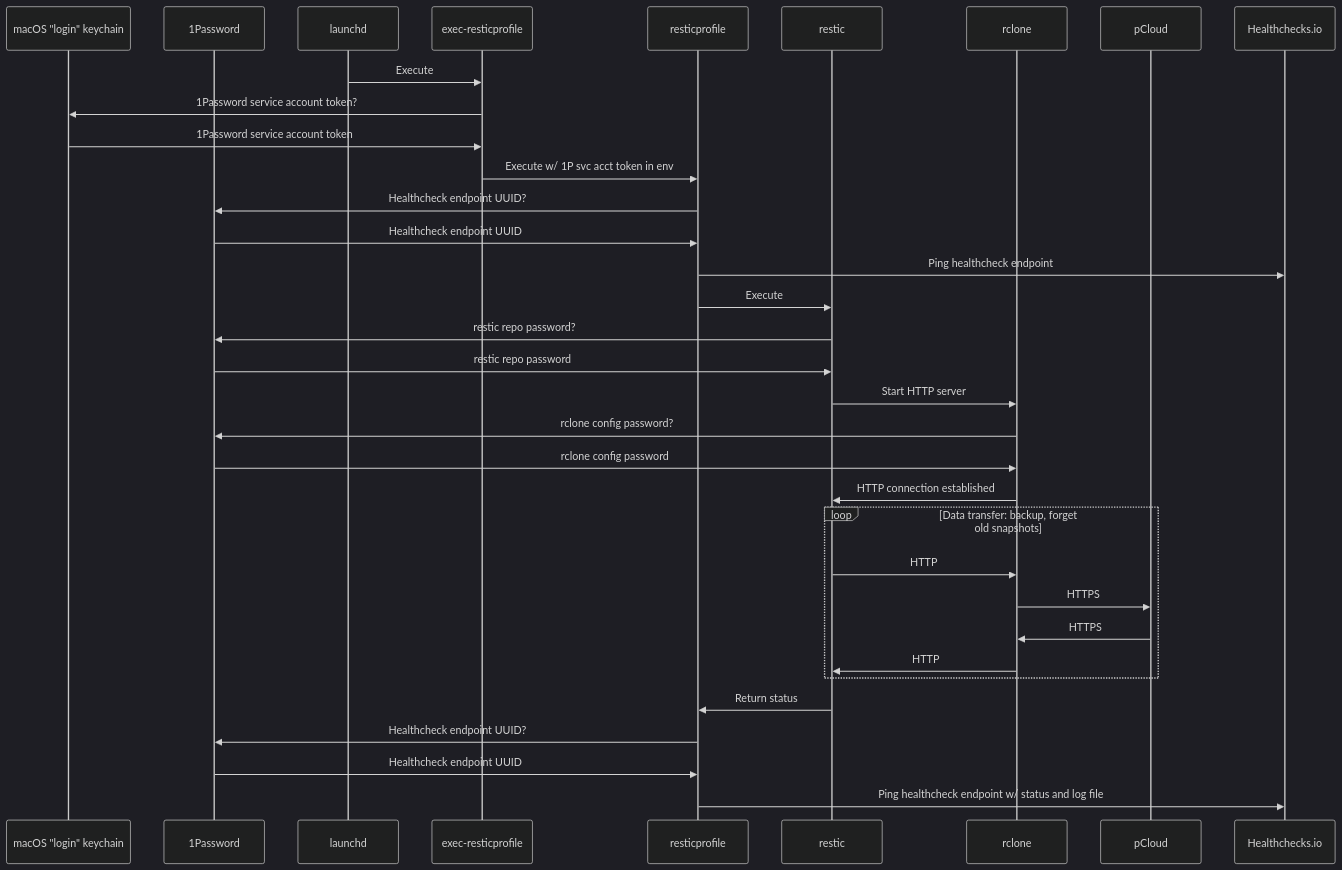
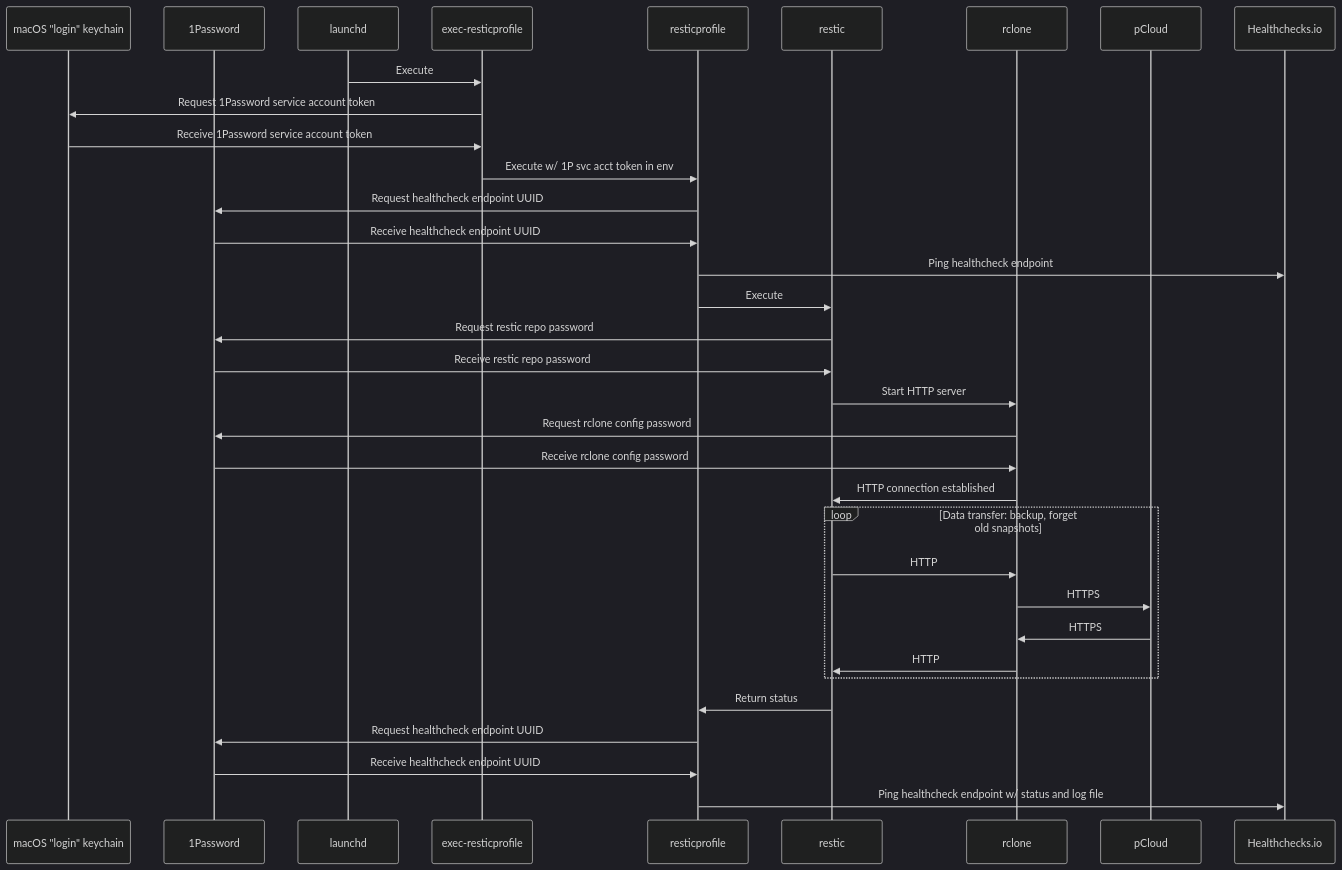
Before and after one commit to manselmi/notes: the diagram in docs/assets/backup/macos-sequence-diagram.mmd, drawn with Mermaid (dark theme). The commit also changed 1 other file, not shown here.

Commit message:
backup: update sequence diagrams

```diff
--- a/docs/assets/backup/macos-sequence-diagram.mmd
+++ b/docs/assets/backup/macos-sequence-diagram.mmd
@@ -1,40 +1,40 @@
 sequenceDiagram
 
   participant KC as macOS "login" keychain
   participant 1P as 1Password
 
   participant LD as launchd
   participant ER as exec-resticprofile
   participant RP as resticprofile
   participant RE as restic
   participant RC as rclone
 
   participant PC as pCloud
   participant HC as Healthchecks.io
 
   LD ->> ER: Execute
-  ER ->> KC: 1Password service account token?
-  KC ->> ER: 1Password service account token
+  ER ->> KC: Request 1Password service account token
+  KC ->> ER: Receive 1Password service account token
   ER ->> RP: Execute w/ 1P svc acct token in env
-  RP ->> 1P: Healthcheck endpoint UUID?
-  1P ->> RP: Healthcheck endpoint UUID
+  RP ->> 1P: Request healthcheck endpoint UUID
+  1P ->> RP: Receive healthcheck endpoint UUID
   RP ->> HC: Ping healthcheck endpoint
   RP ->> RE: Execute
-  RE ->> 1P: restic repo password?
-  1P ->> RE: restic repo password
+  RE ->> 1P: Request restic repo password
+  1P ->> RE: Receive restic repo password
   RE ->> RC: Start HTTP server
-  RC ->> 1P: rclone config password?
-  1P ->> RC: rclone config password
+  RC ->> 1P: Request rclone config password
+  1P ->> RC: Receive rclone config password
   RC ->> RE: HTTP connection established
 
   loop Data transfer: backup, forget old snapshots
     RE ->> RC: HTTP
     RC ->> PC: HTTPS
     PC ->> RC: HTTPS
     RC ->> RE: HTTP
   end
 
   RE ->> RP: Return status
-  RP ->> 1P: Healthcheck endpoint UUID?
-  1P ->> RP: Healthcheck endpoint UUID
+  RP ->> 1P: Request healthcheck endpoint UUID
+  1P ->> RP: Receive healthcheck endpoint UUID
   RP ->> HC: Ping healthcheck endpoint w/ status and log file
```
